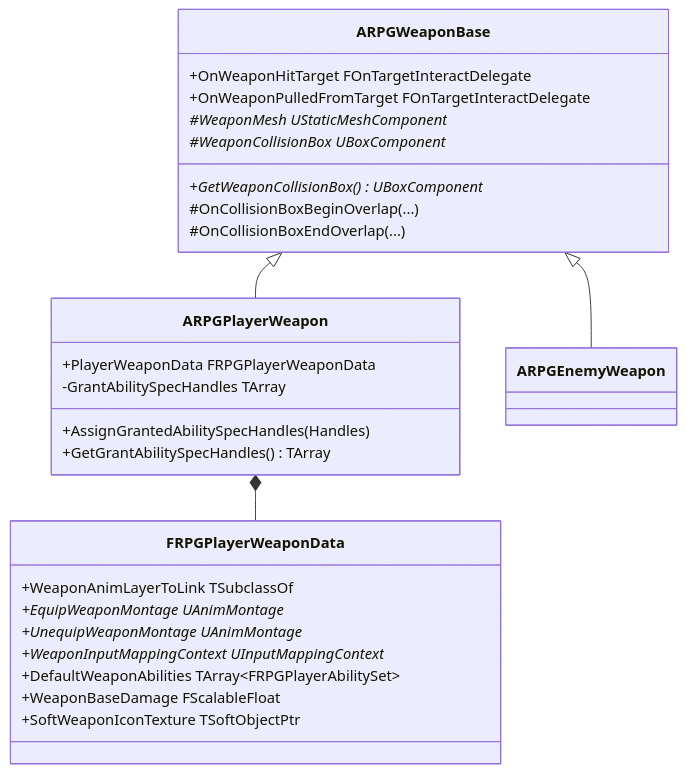
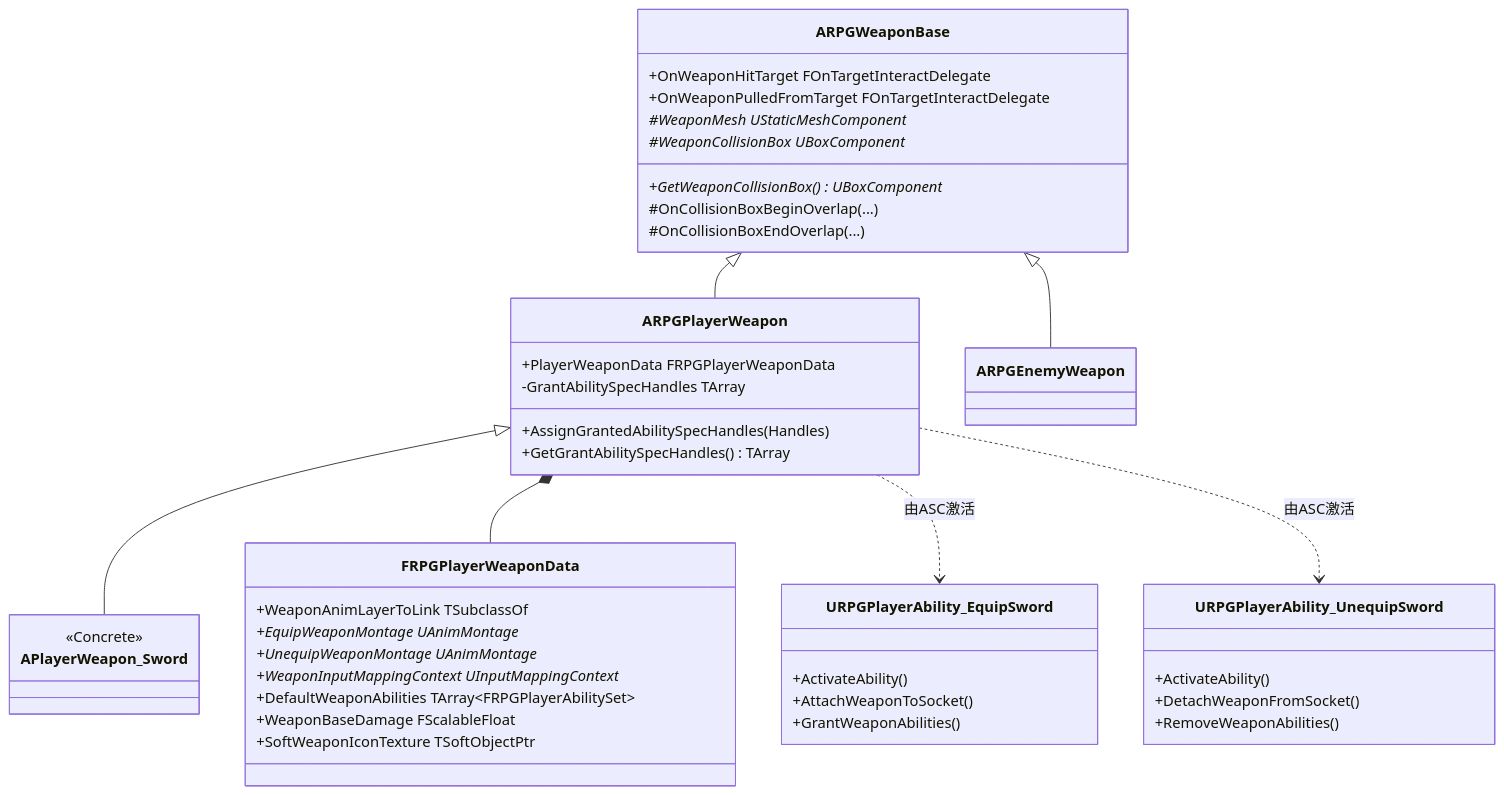
Diagram 13 of 18 in Source/Docs/SummaryDesign.md (ARK31415/RPG), drawn with Mermaid before and after one commit. The commit also changed other lines of this file and 12 other files, not shown here.

````diff
--- a/Source/Docs/SummaryDesign.md
+++ b/Source/Docs/SummaryDesign.md
@@ -574,36 +726,55 @@
 ```mermaid
 classDiagram
     class ARPGWeaponBase {
         +OnWeaponHitTarget FOnTargetInteractDelegate
         +OnWeaponPulledFromTarget FOnTargetInteractDelegate
         +GetWeaponCollisionBox() UBoxComponent*
         #WeaponMesh UStaticMeshComponent*
         #WeaponCollisionBox UBoxComponent*
         #OnCollisionBoxBeginOverlap(...)
         #OnCollisionBoxEndOverlap(...)
     }
     
     class ARPGPlayerWeapon {
         +PlayerWeaponData FRPGPlayerWeaponData
         +AssignGrantedAbilitySpecHandles(Handles)
         +GetGrantAbilitySpecHandles() TArray
         -GrantAbilitySpecHandles TArray
     }
     
+    class APlayerWeapon_Sword {
+        <<Concrete>>
+    }
+    
     class ARPGEnemyWeapon {
     }
     
     class FRPGPlayerWeaponData {
         +WeaponAnimLayerToLink TSubclassOf
         +EquipWeaponMontage UAnimMontage*
         +UnequipWeaponMontage UAnimMontage*
         +WeaponInputMappingContext UInputMappingContext*
         +DefaultWeaponAbilities TArray~FRPGPlayerAbilitySet~
         +WeaponBaseDamage FScalableFloat
         +SoftWeaponIconTexture TSoftObjectPtr
     }
     
+    class URPGPlayerAbility_EquipSword {
+        +ActivateAbility()
+        +AttachWeaponToSocket()
+        +GrantWeaponAbilities()
+    }
+    
+    class URPGPlayerAbility_UnequipSword {
+        +ActivateAbility()
+        +DetachWeaponFromSocket()
+        +RemoveWeaponAbilities()
+    }
+    
     ARPGWeaponBase <|-- ARPGPlayerWeapon
     ARPGWeaponBase <|-- ARPGEnemyWeapon
+    ARPGPlayerWeapon <|-- APlayerWeapon_Sword
     ARPGPlayerWeapon *-- FRPGPlayerWeaponData
+    ARPGPlayerWeapon ..> URPGPlayerAbility_EquipSword : 由ASC激活
+    ARPGPlayerWeapon ..> URPGPlayerAbility_UnequipSword : 由ASC激活
 ```
````
